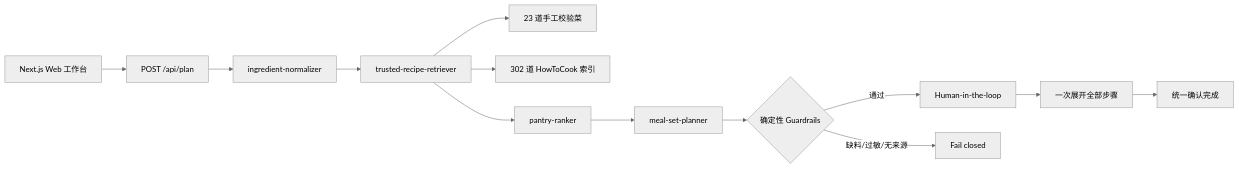
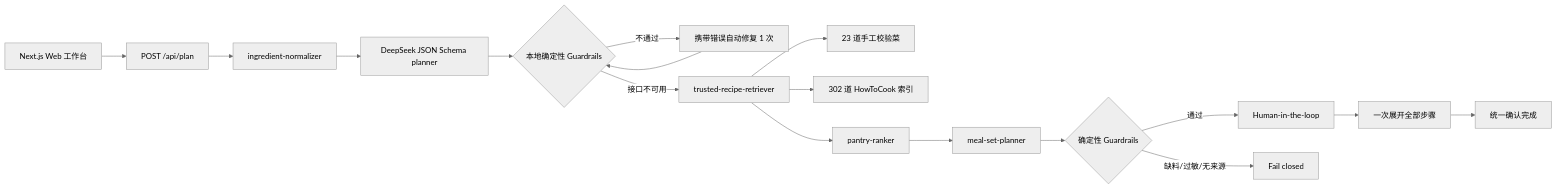
Before and after one commit to HYP190524/daily_cooking: the diagram in README.md, drawn with Mermaid (neutral theme). The commit also changed other lines of this file and 14 other files, not shown here.

Commit message:
feat: add DeepSeek pantry planning harness

````diff
--- a/README.md
+++ b/README.md
@@ -16,15 +17,19 @@
 ```mermaid
 flowchart LR
   UI[Next.js Web 工作台] --> API[POST /api/plan]
   API --> Normalize[ingredient-normalizer]
-  Normalize --> Retrieve[trusted-recipe-retriever]
+  Normalize --> LLM[DeepSeek JSON Schema planner]
+  LLM --> Validate{本地确定性 Guardrails}
+  Validate -->|不通过| Repair[携带错误自动修复 1 次]
+  Repair --> Validate
+  Validate -->|接口不可用| Retrieve[trusted-recipe-retriever]
   Retrieve --> Gold[23 道手工校验菜]
   Retrieve --> HTC[302 道 HowToCook 索引]
   Retrieve --> Rank[pantry-ranker]
   Rank --> Meal[meal-set-planner]
   Meal --> Guard{确定性 Guardrails}
   Guard -->|通过| Approval[Human-in-the-loop]
   Guard -->|缺料/过敏/无来源| Stop[Fail closed]
   Approval --> Cook[一次展开全部步骤]
   Cook --> Done[统一确认完成]
 ```
````
